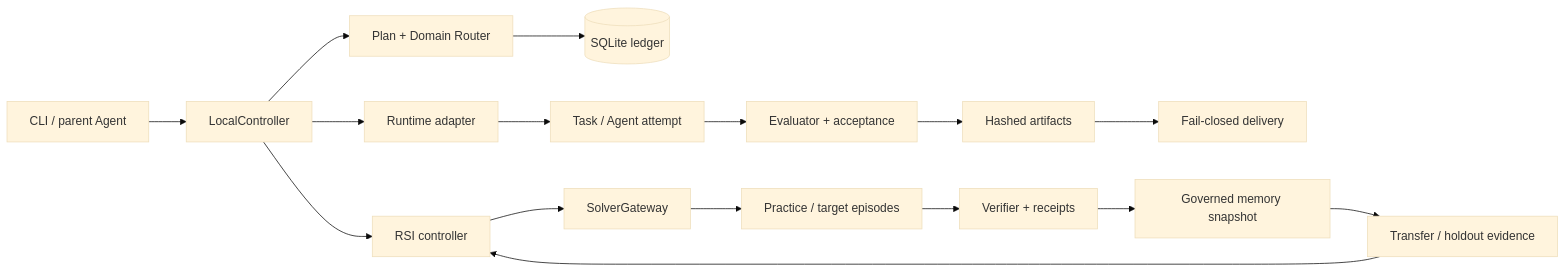
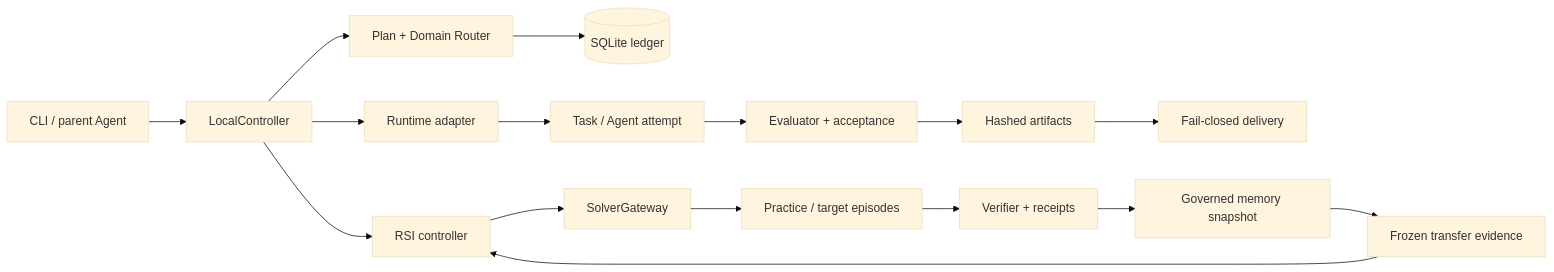
Before and after one commit to vchive/Lunar-Evolution: the diagram in README.md, drawn with Mermaid (base theme). The commit also changed other lines of this file, not shown here.

````diff
--- a/README.md
+++ b/README.md
@@ -115,19 +138,19 @@
 ```mermaid
 flowchart LR
     U[CLI / parent Agent] --> C[LocalController]
     C --> P[Plan + Domain Router]
     P --> L[(SQLite ledger)]
     C --> R[Runtime adapter]
     R --> T[Task / Agent attempt]
     T --> E[Evaluator + acceptance]
     E --> A[Hashed artifacts]
     A --> D[Fail-closed delivery]
 
     C --> X[RSI controller]
     X --> G[SolverGateway]
     G --> Q[Practice / target episodes]
     Q --> V[Verifier + receipts]
     V --> M[Governed memory snapshot]
-    M --> H[Transfer / holdout evidence]
+    M --> H[Frozen transfer evidence]
     H --> X
 ```
````
